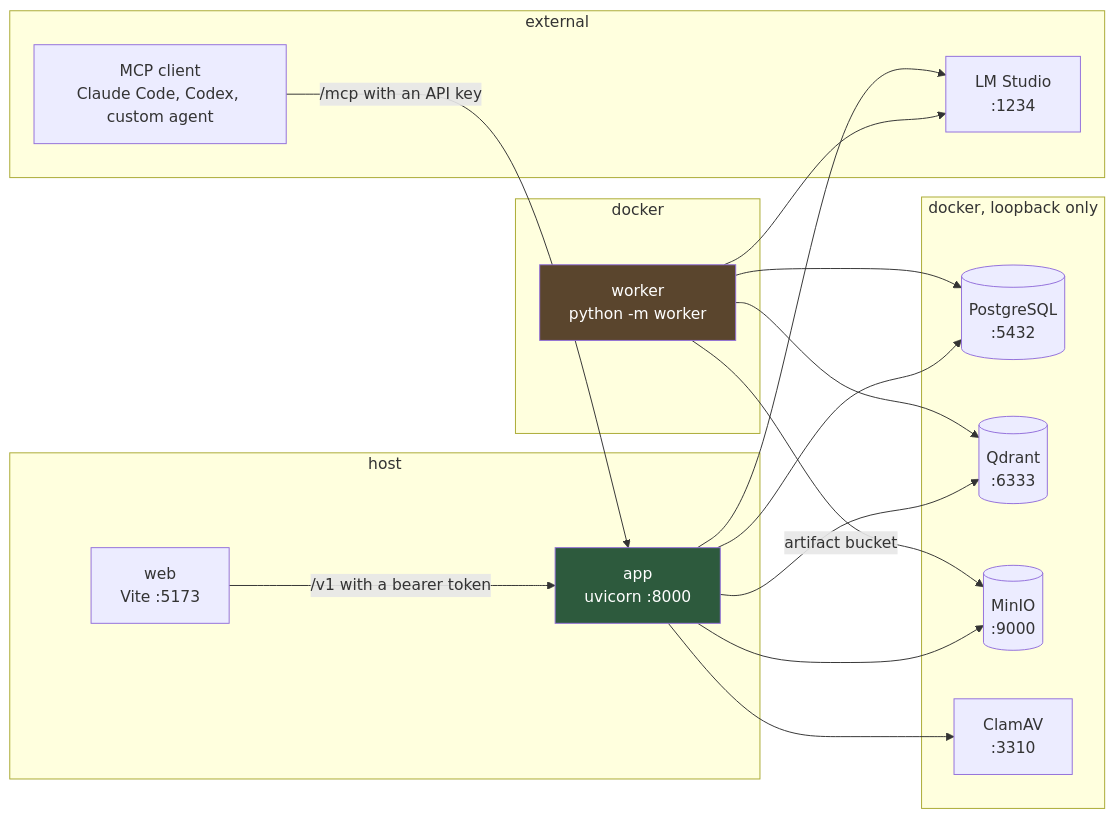
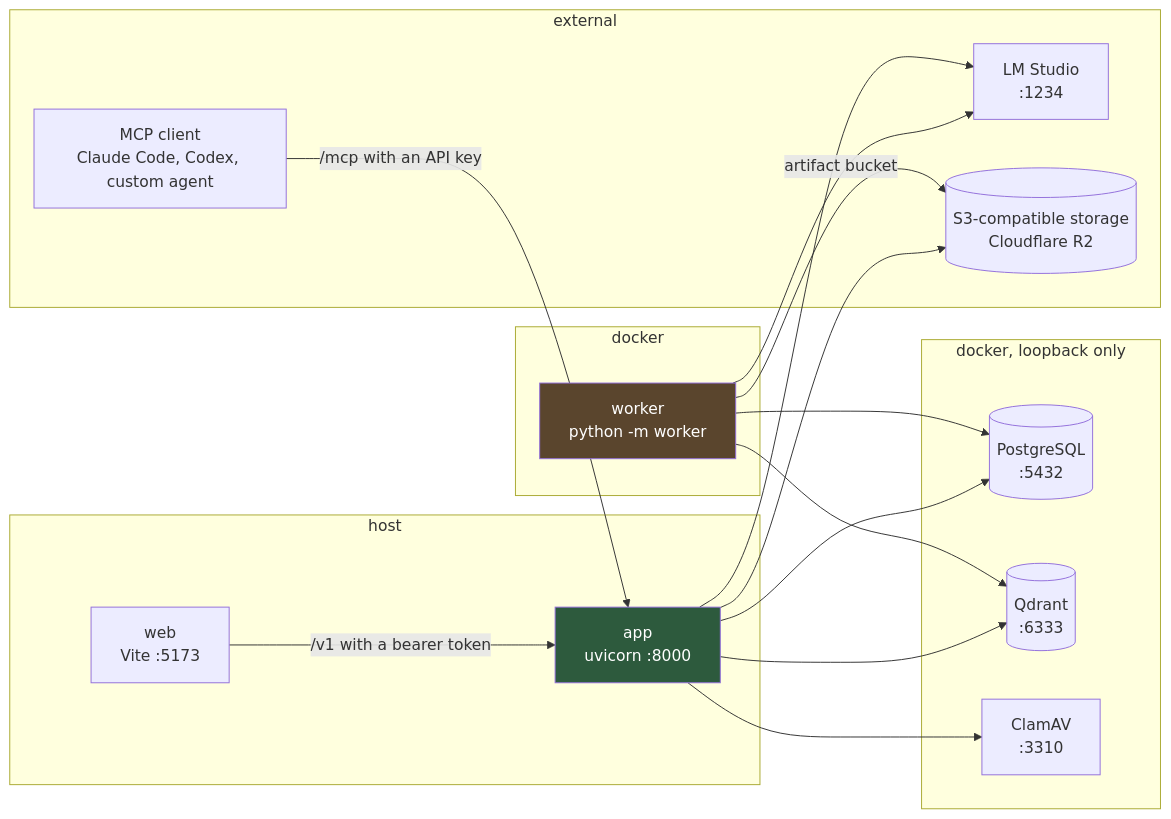
One commit to unedtamps/retriv changed the first of 9 diagrams in README.md. Above: the diagram before and after it, drawn with Mermaid. The commit also changed other lines of this file and 10 other files, not shown here.

````diff
--- a/README.md
+++ b/README.md
@@ -16,35 +16,35 @@
 ```mermaid
 flowchart LR
     subgraph host["host"]
         W["web<br/>Vite :5173"]
         A["app<br/>uvicorn :8000"]
     end
     subgraph docker["docker"]
         K["worker<br/>python -m worker"]
     end
     subgraph data["docker, loopback only"]
         DB[("PostgreSQL<br/>:5432")]
         Q[("Qdrant<br/>:6333")]
-        M[("MinIO<br/>:9000")]
         C["ClamAV<br/>:3310"]
     end
     subgraph external["external"]
         L["LM Studio<br/>:1234"]
+        M[("S3-compatible storage<br/>Cloudflare R2")]
         X["MCP client<br/>Claude Code, Codex, custom agent"]
     end
 
     W -->|"/v1 with a bearer token"| A
     X -->|"/mcp with an API key"| A
     A --> DB
     A --> Q
     A --> M
     A --> C
     K --> DB
     K --> Q
     K -->|artifact bucket| M
     K --> L
     A --> L
 
     style A fill:#2d5a3d,color:#fff
     style K fill:#5a452d,color:#fff
 ```
````
